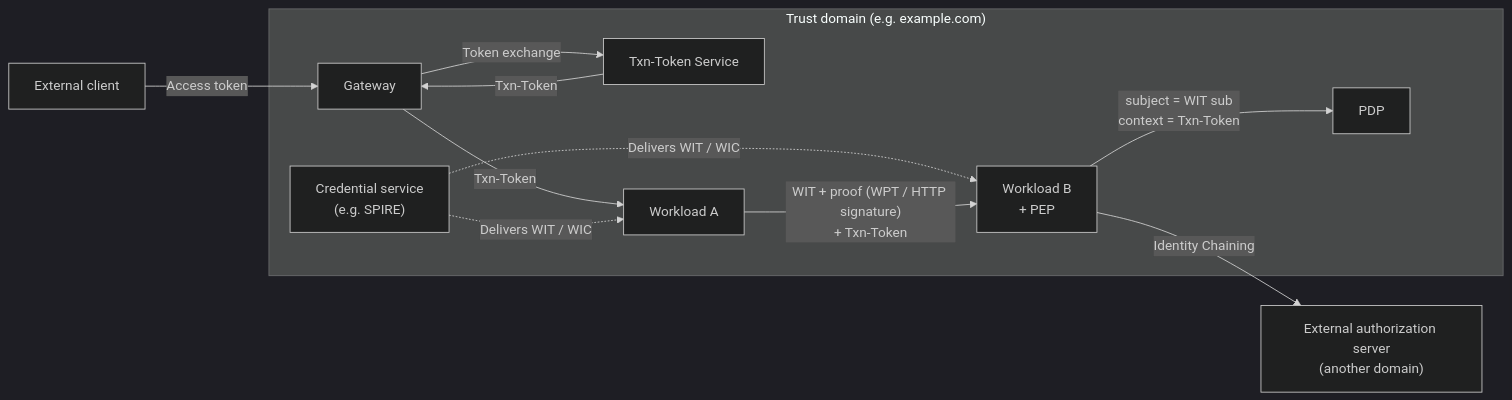
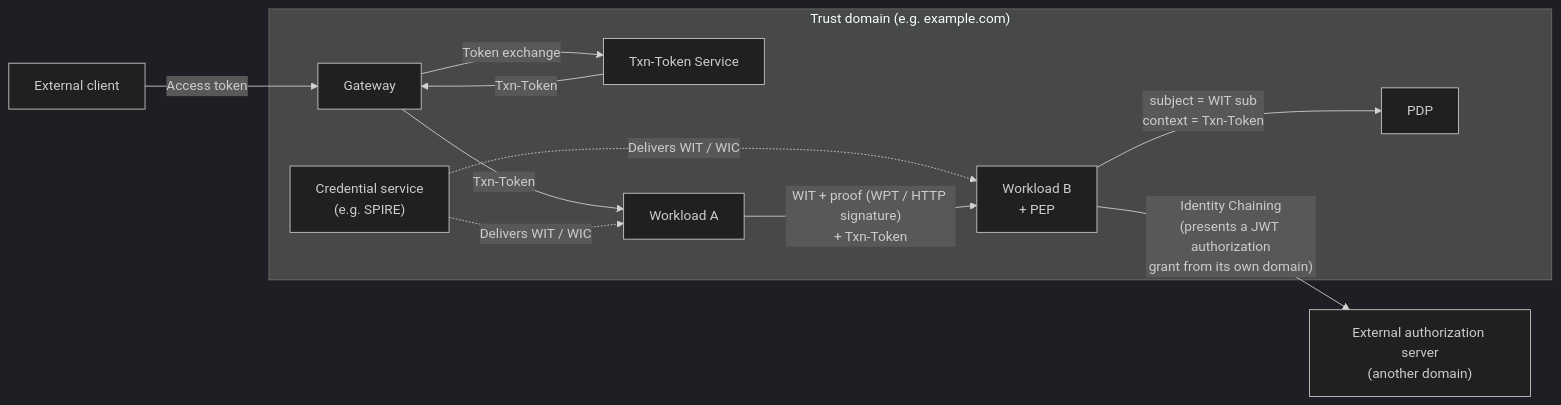
Before and after one commit to bmf-san/bmf-tech: the first of 5 diagrams in content/en/posts/workload-identity-wimse-transaction-tokens.md, drawn with Mermaid (dark theme). The commit also changed other lines of this file and 1 other file, not shown here.

First line of the commit message:
fix: ワークロードアイデンティティの記事の図・指針・まとめを本文と一次資料の条件に合わせる

````diff
--- a/content/en/posts/workload-identity-wimse-transaction-tokens.md
+++ b/content/en/posts/workload-identity-wimse-transaction-tokens.md
@@ -56,22 +56,22 @@
 ```mermaid
 flowchart LR
     subgraph TDOM["Trust domain (e.g. example.com)"]
         IS["Credential service<br/>(e.g. SPIRE)"]
         GW["Gateway"]
         TTS["Txn-Token Service"]
         A["Workload A"]
         B["Workload B<br/>+ PEP"]
         PDP["PDP"]
     end
     C["External client"]
     AS["External authorization server<br/>(another domain)"]
     C -- "Access token" --> GW
     GW -- "Token exchange" --> TTS
     TTS -- "Txn-Token" --> GW
     GW -- "Txn-Token" --> A
     IS -. "Delivers WIT / WIC" .-> A
     IS -. "Delivers WIT / WIC" .-> B
     A -- "WIT + proof (WPT / HTTP signature)<br/>+ Txn-Token" --> B
     B -- "subject = WIT sub<br/>context = Txn-Token" --> PDP
-    B -- "Identity Chaining" --> AS
+    B -- "Identity Chaining<br/>(presents a JWT authorization<br/>grant from its own domain)" --> AS
 ```
````
